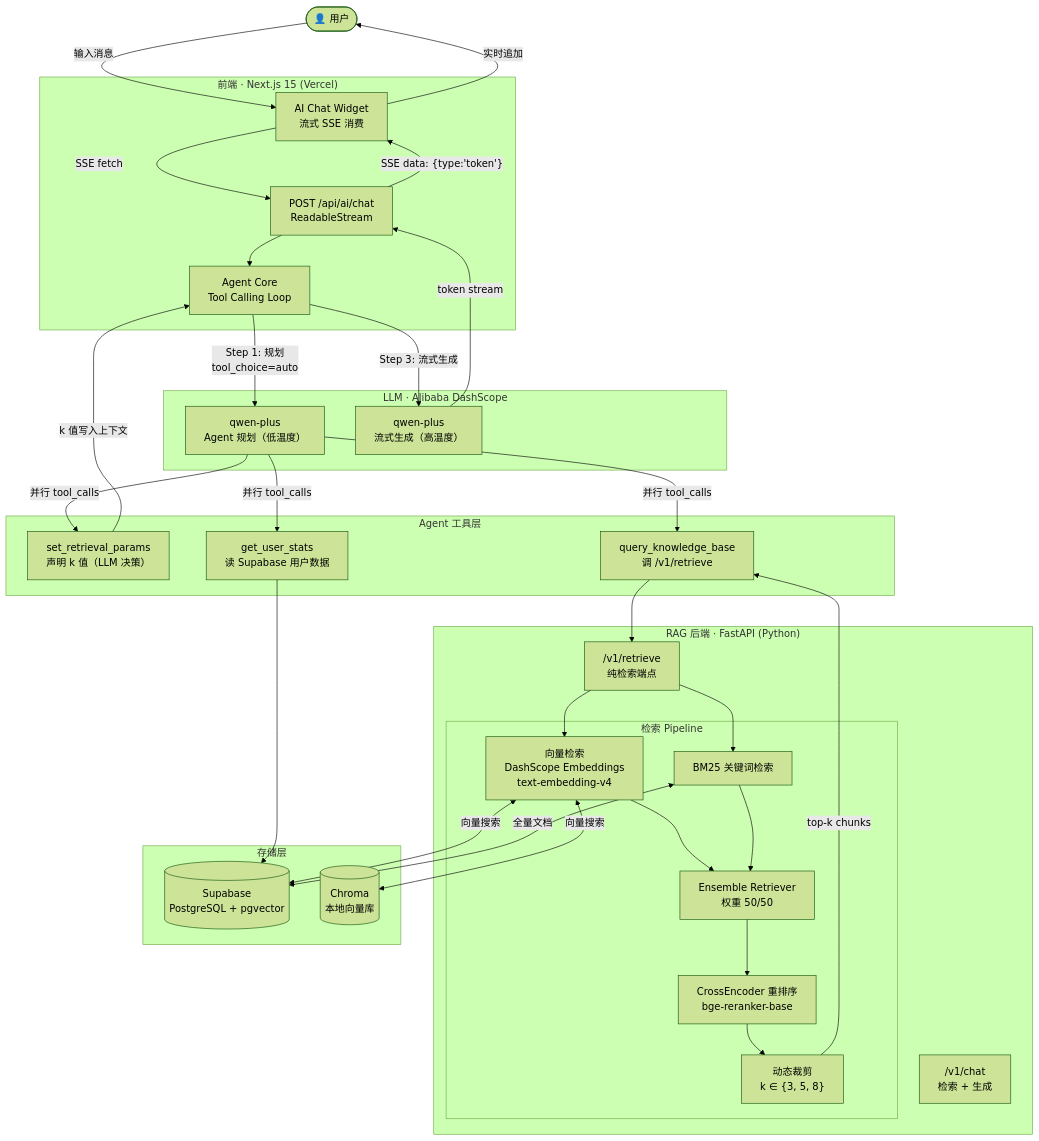
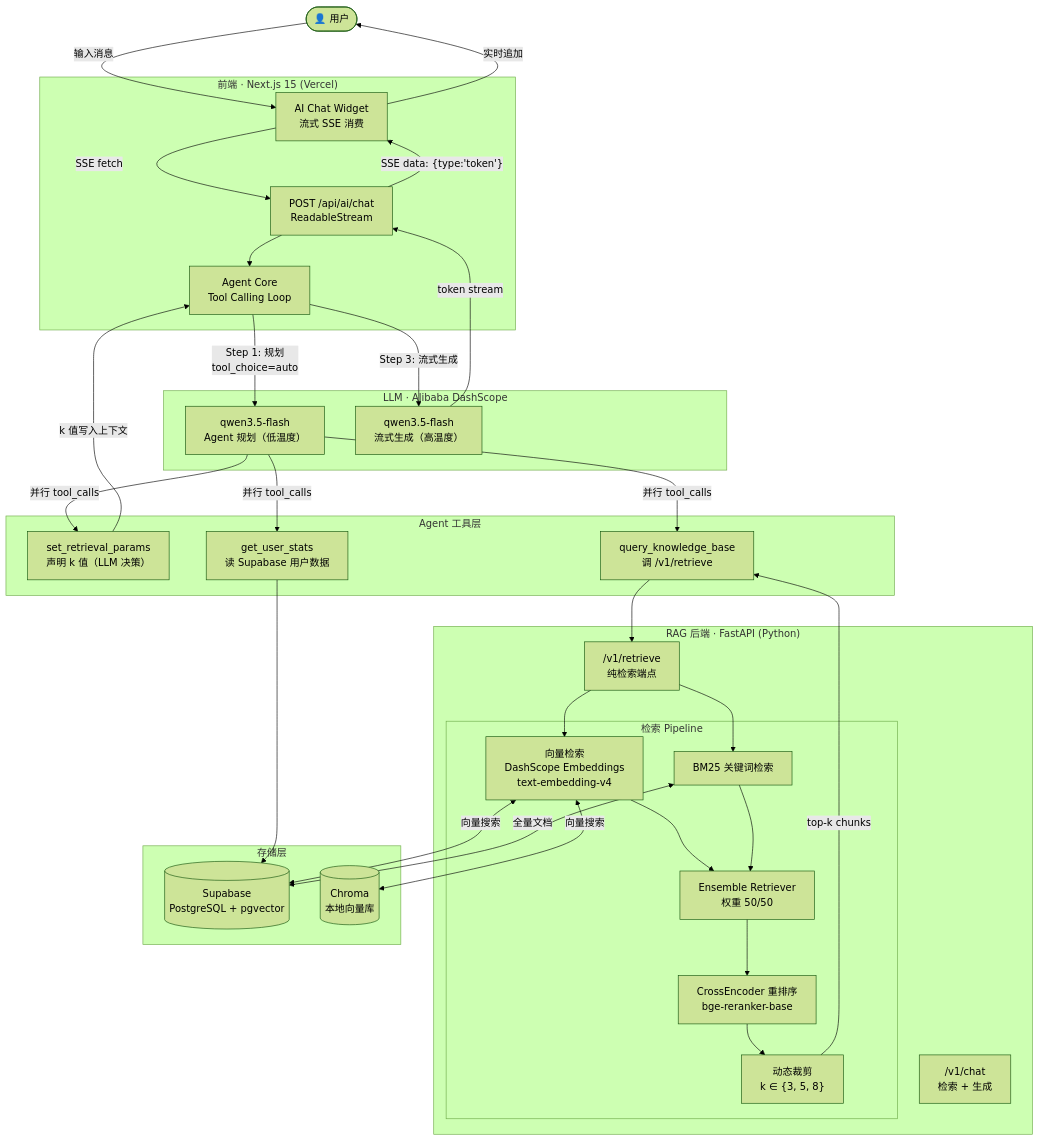
The diagram in README.md (G1lollipop/fitcore-web), drawn with Mermaid (forest theme) before and after one commit. The commit also changed other lines of this file and 92 other files, not shown here.

````diff
--- a/README.md
+++ b/README.md
@@ -11,64 +11,64 @@
 ```mermaid
 flowchart TD
     User(["👤 用户"])
 
     subgraph Frontend ["前端 · Next.js 15 (Vercel)"]
         Widget["AI Chat Widget\n流式 SSE 消费"]
         Route["POST /api/ai/chat\nReadableStream"]
         Agent["Agent Core\nTool Calling Loop"]
     end
 
     subgraph Tools ["Agent 工具层"]
         T1["set_retrieval_params\n声明 k 值（LLM 决策）"]
         T2["query_knowledge_base\n调 /v1/retrieve"]
         T3["get_user_stats\n读 Supabase 用户数据"]
     end
 
     subgraph RAG ["RAG 后端 · FastAPI (Python)"]
         Retrieve["/v1/retrieve\n纯检索端点"]
         Chat["/v1/chat\n检索 + 生成"]
         Pipeline["Retrieval Pipeline"]
     end
 
     subgraph Pipeline ["检索 Pipeline"]
         Vec["向量检索\nDashScope Embeddings\ntext-embedding-v4"]
         BM25["BM25 关键词检索"]
         Ensemble["Ensemble Retriever\n权重 50/50"]
         Rerank["CrossEncoder 重排序\nbge-reranker-base"]
         Trim["动态裁剪\nk ∈ {3, 5, 8}"]
     end
 
     subgraph Storage ["存储层"]
         Supabase[("Supabase\nPostgreSQL + pgvector")]
         Chroma[("Chroma\n本地向量库")]
     end
 
     subgraph LLM ["LLM · Alibaba DashScope"]
-        Qwen1["qwen-plus\nAgent 规划（低温度）"]
-        Qwen2["qwen-plus\n流式生成（高温度）"]
+        Qwen1["qwen3.5-flash\nAgent 规划（低温度）"]
+        Qwen2["qwen3.5-flash\n流式生成（高温度）"]
     end
 
     User -->|"输入消息"| Widget
     Widget -->|"SSE fetch"| Route
     Route --> Agent
 
     Agent -->|"Step 1: 规划\ntool_choice=auto"| Qwen1
     Qwen1 -->|"并行 tool_calls"| T1 & T2 & T3
 
     T1 -->|"k 值写入上下文"| Agent
     T2 --> Retrieve
     T3 --> Supabase
 
     Retrieve --> Vec & BM25
     Vec & BM25 --> Ensemble --> Rerank --> Trim
     Trim -->|"top-k chunks"| T2
 
     Vec <-->|"向量搜索"| Supabase
     Vec <-->|"向量搜索"| Chroma
     BM25 <-->|"全量文档"| Supabase
 
     Agent -->|"Step 3: 流式生成"| Qwen2
     Qwen2 -->|"token stream"| Route
     Route -->|"SSE data: {type:'token'}"| Widget
     Widget -->|"实时追加"| User
 ```
````
